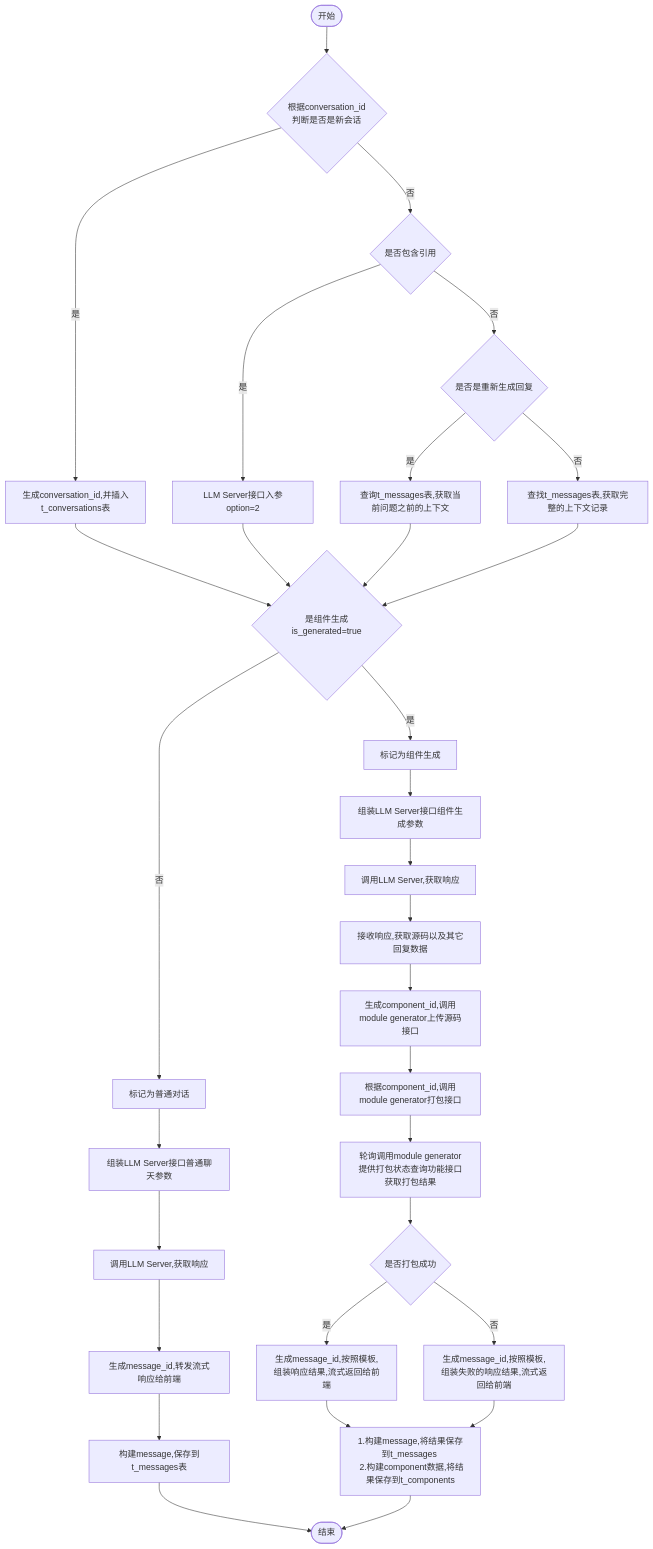
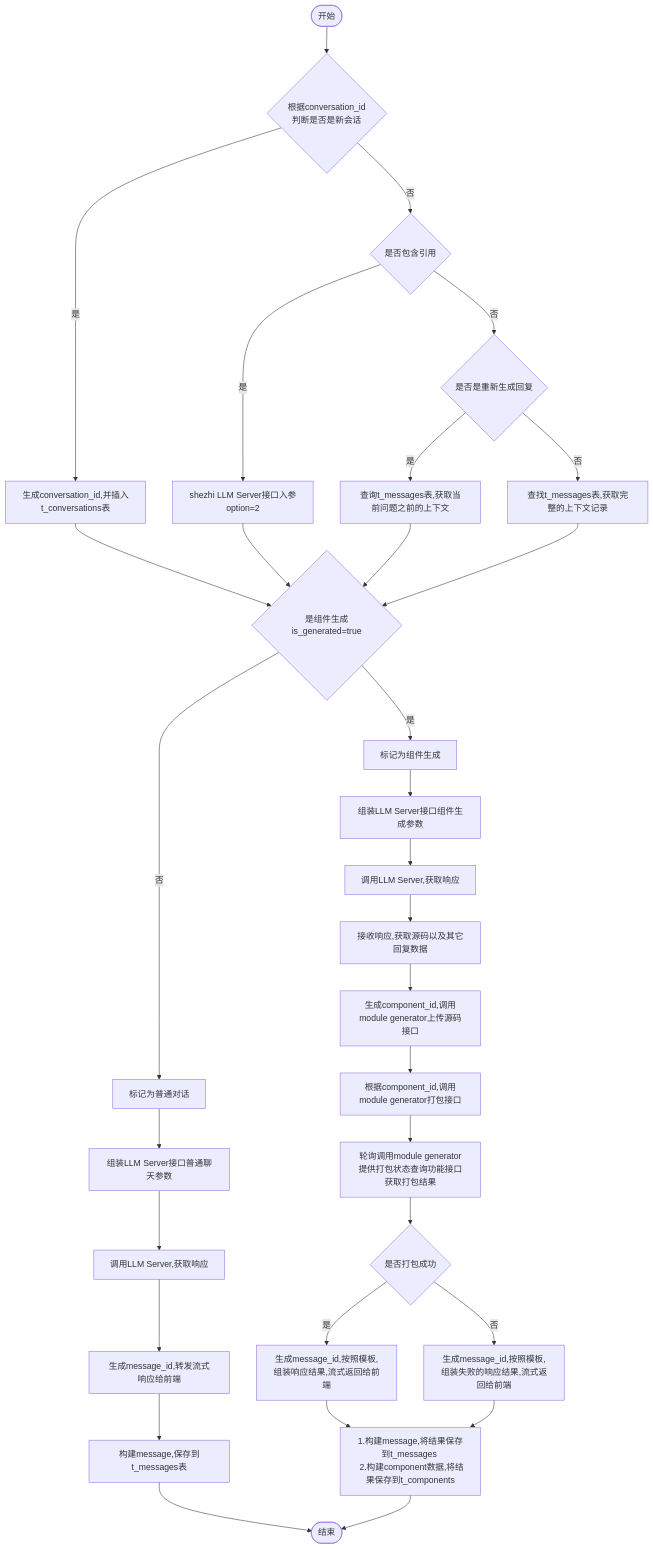
Before and after one commit to yingjianzh/iodraw-files: the diagram in all/w3-会话-不需要传递message.md, drawn with Mermaid.

Commit message:
2024-10-14 11:06:24 update

````diff
--- a/all/w3-会话-不需要传递message.md
+++ b/all/w3-会话-不需要传递message.md
@@ -1,35 +1,35 @@
 ```mermaid
 flowchart TD
     A([开始]) --> B{根据conversation_id \n 判断是否是新会话}
     B -- 是 --> C[生成conversation_id,并插入t_conversations表]
     B -- 否 --> D{是否包含引用}
-    D -- 是 --> E[LLM Server接口入参option=2]
+    D -- 是 --> E[shezhi LLM Server接口入参option=2]
     D -- 否 --> F{是否是重新生成回复}
     F -- 是 --> G[查询t_messages表,获取当前问题之前的上下文]
     F -- 否 --> H[查找t_messages表,获取完整的上下文记录]
      
     C & E & G & H --> I{是组件生成is_generated=true}
     I -- 是 --> J[标记为组件生成]
     I -- 否 --> K[标记为普通对话]
 
 
     J --> L[组装LLM Server接口组件生成参数]    
     K --> M[组装LLM Server接口普通聊天参数]    
     M --> N[调用LLM Server,获取响应]    
     N --> O[生成message_id,转发流式响应给前端]
     O --> P[构建message,保存到t_messages表]
     P --> R([结束])
 
 
     L --> S[调用LLM Server,获取响应]
     S --> T[接收响应,获取源码以及其它回复数据]
     T --> U[生成component_id,调用module generator上传源码接口]
     U --> V[根据component_id,调用module generator打包接口]
     V --> W[轮询调用module generator提供打包状态查询功能接口获取打包结果]
     W --> X{是否打包成功}
     X -- 是 --> Y[生成message_id,按照模板,组装响应结果,流式返回给前端]
     X -- 否 --> Z[生成message_id,按照模板,组装失败的响应结果,流式返回给前端]
 
     Y & Z --> Result[1.构建message,将结果保存到t_messages \n 2.构建component数据,将结果保存到t_components]
     Result --> R
 ```
````
